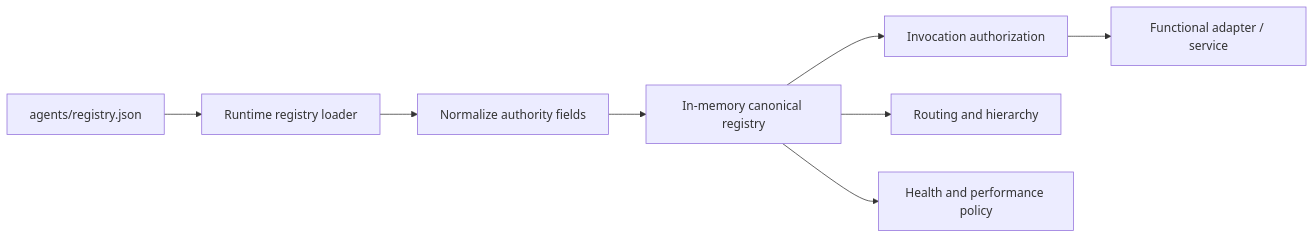
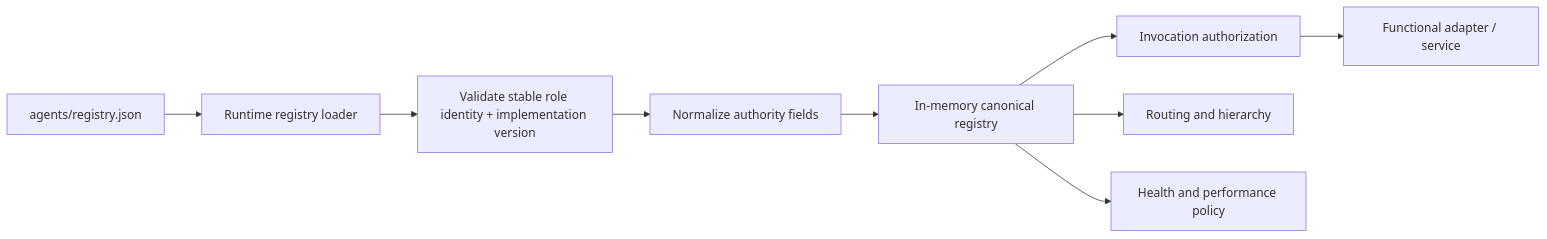
The diagram in docs/agent-registry.md (mkleinbe/mesh-ai-agent-cos-universe), drawn with Mermaid before and after one commit. The commit also changed other lines of this file, not shown here.

Commit message:
docs: reconcile agent registry role model

````diff
--- a/docs/agent-registry.md
+++ b/docs/agent-registry.md
@@ -7,10 +7,11 @@
 ```mermaid
 flowchart LR
     J[agents/registry.json] --> LOAD[Runtime registry loader]
-    LOAD --> N[Normalize authority fields]
+    LOAD --> ID[Validate stable role identity + implementation version]
+    ID --> N[Normalize authority fields]
     N --> R[In-memory canonical registry]
     R --> AUTH[Invocation authorization]
     R --> ROUTE[Routing and hierarchy]
     R --> HEALTH[Health and performance policy]
     AUTH --> EXEC[Functional adapter / service]
 ```
````
